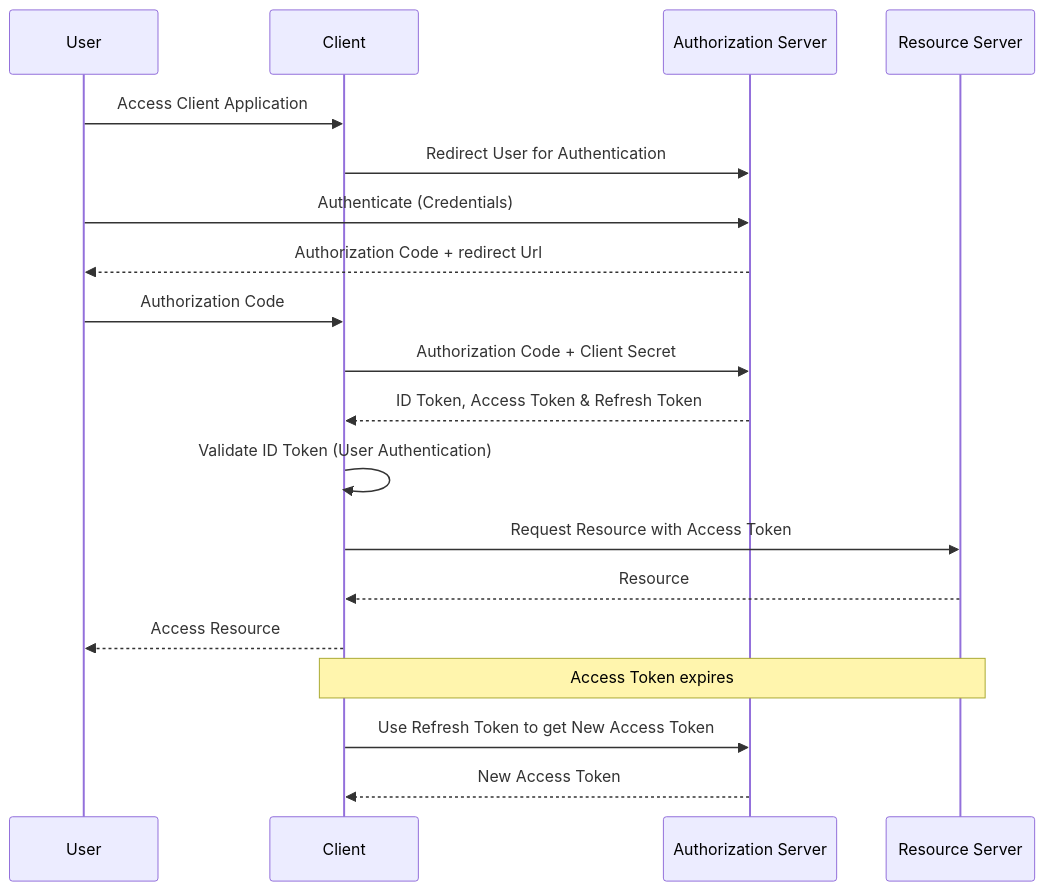
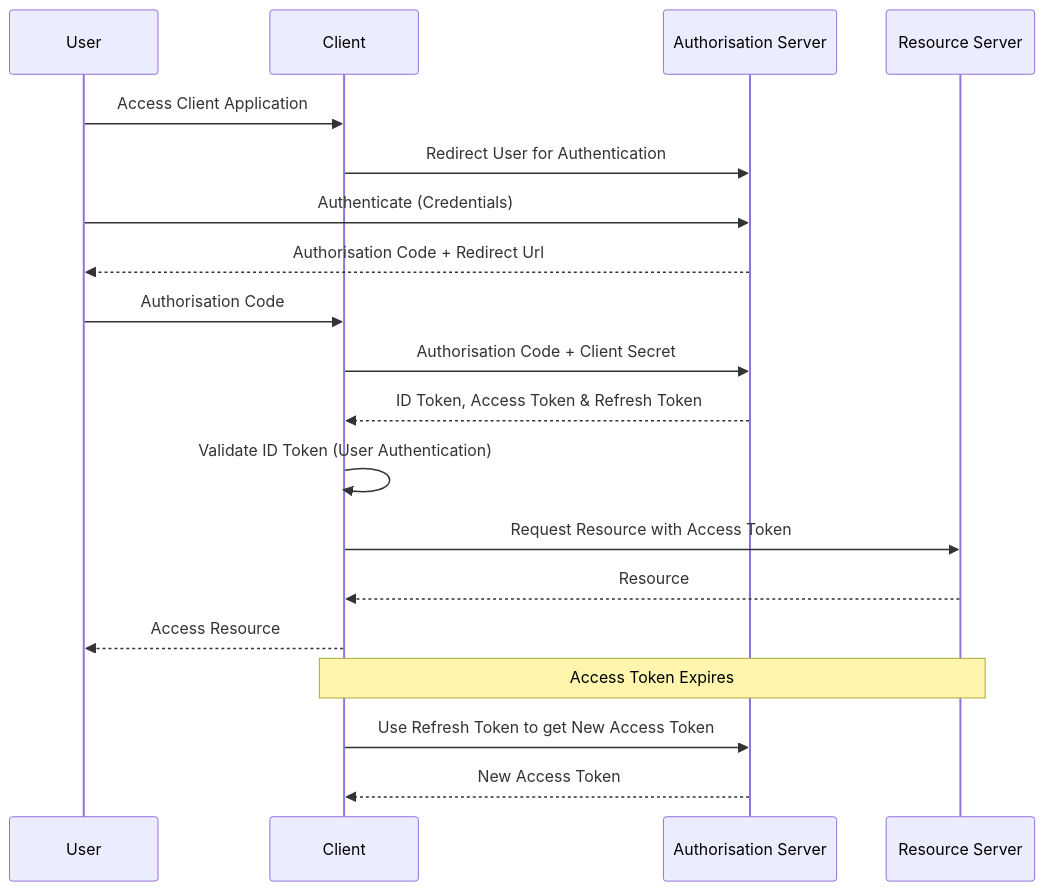
The diagram in mermaid_files/authorization_code.md (prannoymulmi/Msc-Thesis--OIDC), drawn with Mermaid before and after one commit. The commit also changed 4 other files, not shown here.

Commit message:
Changed mermaid files

````diff
--- a/mermaid_files/authorization_code.md
+++ b/mermaid_files/authorization_code.md
@@ -1,25 +1,25 @@
 ```mermaid
 sequenceDiagram
     participant User as User
     participant Client as Client
-    participant AuthServer as Authorization Server
+    participant AuthServer as Authorisation Server
     participant ResourceServer as Resource Server
 
     User->>Client: Access Client Application
     Client->>AuthServer: Redirect User for Authentication
     User->>AuthServer: Authenticate (Credentials)
-    AuthServer-->>User: Authorization Code + redirect Url
-    User->>Client: Authorization Code
-    Client->>AuthServer: Authorization Code + Client Secret
+    AuthServer-->>User: Authorisation Code + Redirect Url
+    User->>Client: Authorisation Code
+    Client->>AuthServer: Authorisation Code + Client Secret
     AuthServer-->>Client: ID Token, Access Token & Refresh Token
 
     Client->>Client: Validate ID Token (User Authentication)
     Client->>ResourceServer: Request Resource with Access Token
     ResourceServer-->>Client: Resource 
     Client-->>User: Access Resource
-    Note over Client,ResourceServer: Access Token expires
+    Note over Client,ResourceServer: Access Token Expires
 
     Client->>AuthServer: Use Refresh Token to get New Access Token
     AuthServer-->>Client: New Access Token
 
 ```    
````
